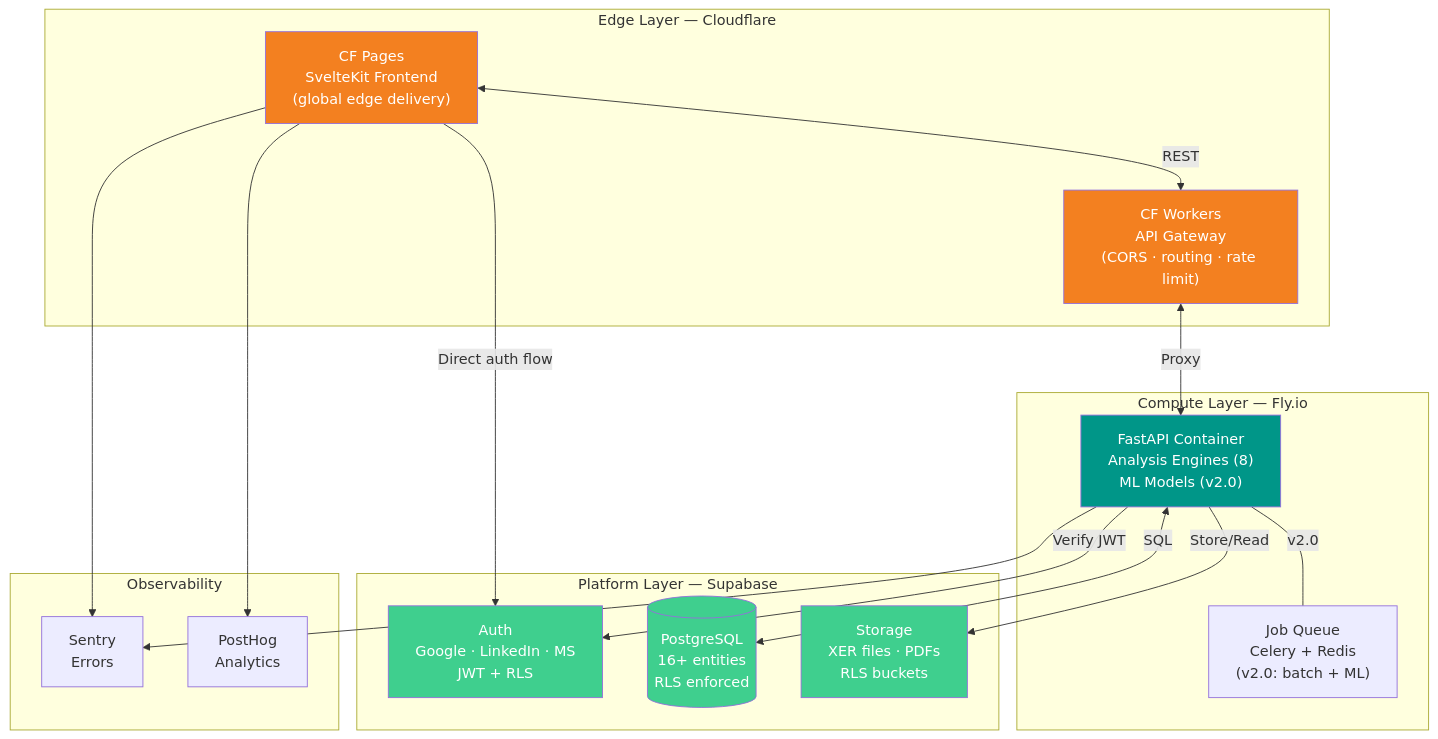
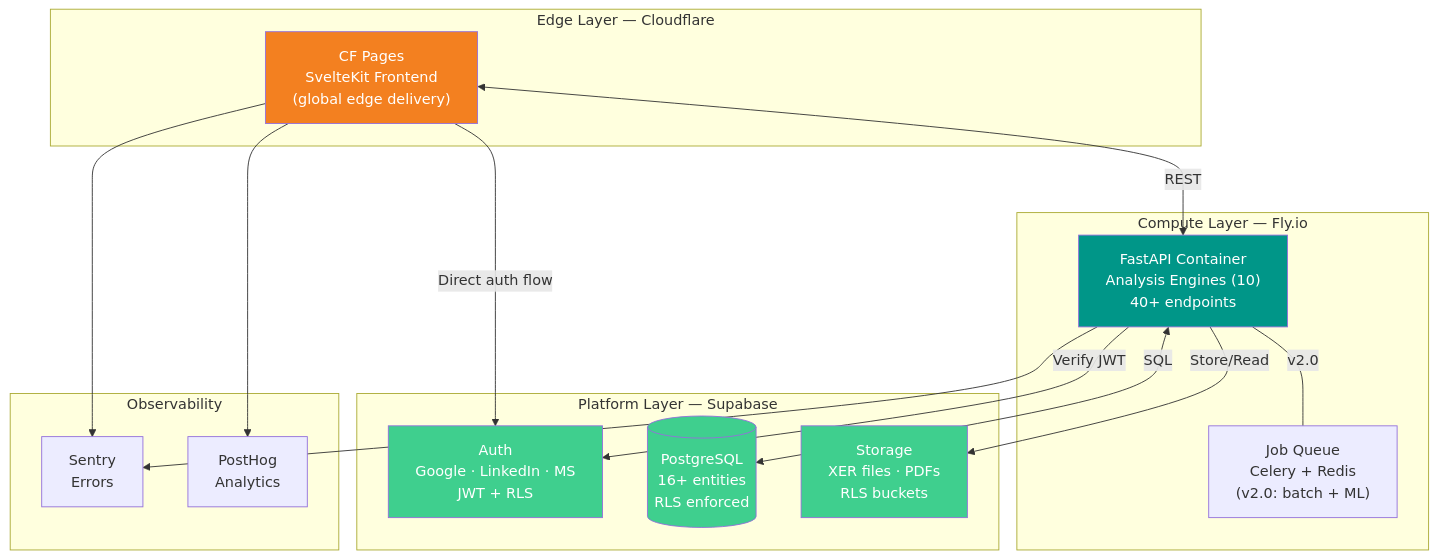
One commit to VitorMRodovalho/meridianiq changed the first of 2 diagrams in docs/v06-planning/ROADMAP_v06_to_v20.md. Above: the diagram before and after it, drawn with Mermaid. The commit also changed other lines of this file and 2 other files, not shown here.

First line of the commit message:
docs: sync README, ROADMAP, BUGS to v0.8.1 state

````diff
--- a/docs/v06-planning/ROADMAP_v06_to_v20.md
+++ b/docs/v06-planning/ROADMAP_v06_to_v20.md
@@ -40,41 +40,38 @@
 ```mermaid
 graph TB
     subgraph "Edge Layer — Cloudflare"
         CF_PAGES["CF Pages<br/>SvelteKit Frontend<br/>(global edge delivery)"]
-        CF_WORKER["CF Workers<br/>API Gateway<br/>(CORS · routing · rate limit)"]
     end
 
     subgraph "Compute Layer — Fly.io"
-        FASTAPI["FastAPI Container<br/>Analysis Engines (8)<br/>ML Models (v2.0)"]
+        FASTAPI["FastAPI Container<br/>Analysis Engines (10)<br/>40+ endpoints"]
         QUEUE["Job Queue<br/>Celery + Redis<br/>(v2.0: batch + ML)"]
     end
 
     subgraph "Platform Layer — Supabase"
         AUTH["Auth<br/>Google · LinkedIn · MS<br/>JWT + RLS"]
         DB[("PostgreSQL<br/>16+ entities<br/>RLS enforced")]
         STORAGE["Storage<br/>XER files · PDFs<br/>RLS buckets"]
     end
 
     subgraph "Observability"
         SENTRY["Sentry<br/>Errors"]
         POSTHOG["PostHog<br/>Analytics"]
     end
 
-    CF_PAGES <-->|"REST"| CF_WORKER
-    CF_WORKER <-->|"Proxy"| FASTAPI
+    CF_PAGES <-->|"REST"| FASTAPI
     FASTAPI <-->|"SQL"| DB
     FASTAPI -->|"Store/Read"| STORAGE
     FASTAPI -->|"Verify JWT"| AUTH
     CF_PAGES -->|"Direct auth flow"| AUTH
     FASTAPI ---|"v2.0"| QUEUE
     CF_PAGES --> SENTRY
     CF_PAGES --> POSTHOG
     FASTAPI --> SENTRY
 
     style CF_PAGES fill:#F38020,color:#fff
-    style CF_WORKER fill:#F38020,color:#fff
     style FASTAPI fill:#009688,color:#fff
     style DB fill:#3FCF8E,color:#fff
     style AUTH fill:#3FCF8E,color:#fff
     style STORAGE fill:#3FCF8E,color:#fff
 ```
````
